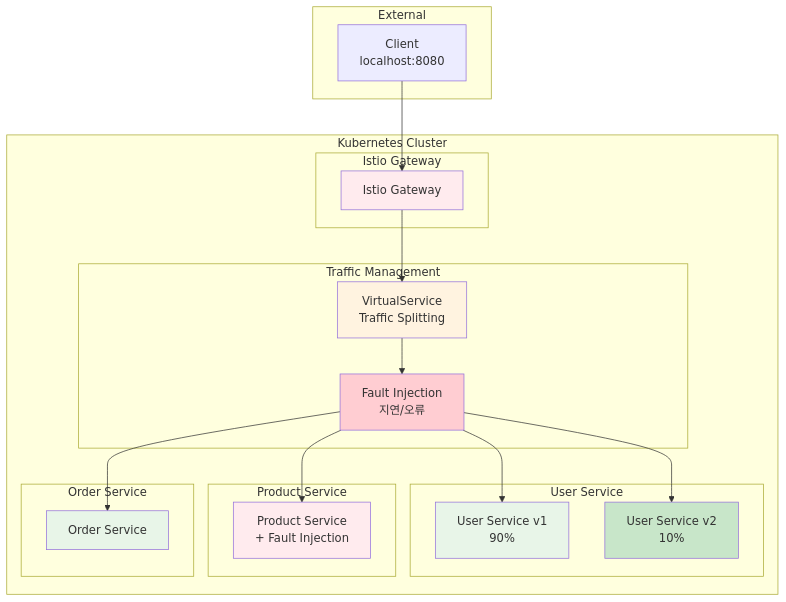
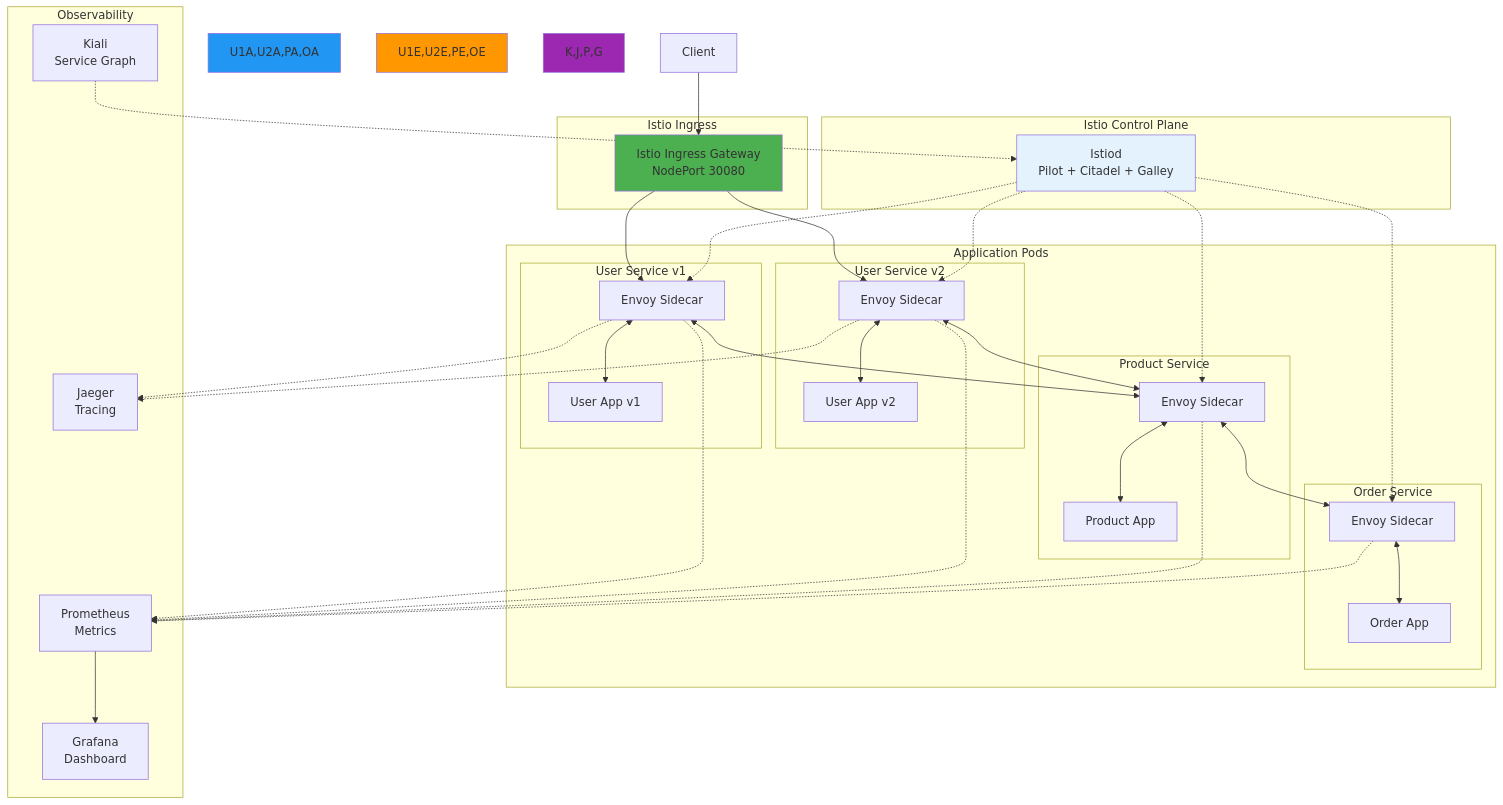
The diagram in theory/week_04/day2/handson_1.md (niceguy61/kdt_devops_lecture_2025), drawn with Mermaid before and after one commit. The commit also changed other lines of this file and 4 other files, not shown here.

````diff
--- a/theory/week_04/day2/handson_1.md
+++ b/theory/week_04/day2/handson_1.md
@@ -37,46 +37,74 @@
 ```mermaid
 graph TB
-    subgraph "External"
-        C[Client<br/>localhost:8080]
+    subgraph "Istio Control Plane"
+        Istiod[Istiod<br/>Pilot + Citadel + Galley]
     end
     
-    subgraph "Kubernetes Cluster"
-        subgraph "Istio Gateway"
-            IG[Istio Gateway]
+    subgraph "Istio Ingress"
+        IG[Istio Ingress Gateway<br/>NodePort 30080]
+    end
+    
+    subgraph "Application Pods"
+        subgraph "User Service v1"
+            U1A[User App v1]
+            U1E[Envoy Sidecar]
         end
         
-        subgraph "Traffic Management"
-            VS[VirtualService<br/>Traffic Splitting]
-            FI[Fault Injection<br/>지연/오류]
-        end
-        
-        subgraph "User Service"
-            US1[User Service v1<br/>90%]
-            US2[User Service v2<br/>10%]
+        subgraph "User Service v2"
+            U2A[User App v2]
+            U2E[Envoy Sidecar]
         end
         
         subgraph "Product Service"
-            PS[Product Service<br/>+ Fault Injection]
+            PA[Product App]
+            PE[Envoy Sidecar]
         end
         
         subgraph "Order Service"
-            OS[Order Service]
+            OA[Order App]
+            OE[Envoy Sidecar]
         end
     end
     
-    C --> IG
-    IG --> VS
-    VS --> FI
-    FI --> US1
-    FI --> US2
-    FI --> PS
-    FI --> OS
+    subgraph "Observability"
+        K[Kiali<br/>Service Graph]
+        J[Jaeger<br/>Tracing]
+        P[Prometheus<br/>Metrics]
+        G[Grafana<br/>Dashboard]
+    end
     
-    style IG fill:#ffebee
-    style VS fill:#fff3e0
-    style FI fill:#ffcdd2
-    style US1 fill:#e8f5e8
-    style US2 fill:#c8e6c9
-    style PS fill:#ffebee
-    style OS fill:#e8f5e8
+    C[Client] --> IG
+    IG --> U1E
+    IG --> U2E
+    
+    U1E <--> U1A
+    U2E <--> U2A
+    PE <--> PA
+    OE <--> OA
+    
+    U1E <--> PE
+    U2E <--> PE
+    PE <--> OE
+    
+    Istiod -.-> U1E
+    Istiod -.-> U2E
+    Istiod -.-> PE
+    Istiod -.-> OE
+    
+    U1E -.-> P
+    U2E -.-> P
+    PE -.-> P
+    OE -.-> P
+    
+    P --> G
+    U1E -.-> J
+    U2E -.-> J
+    
+    K -.-> Istiod
+    
+    style Istiod fill:#e3f2fd
+    style IG fill:#4caf50
+    style U1A,U2A,PA,OA fill:#2196f3
+    style U1E,U2E,PE,OE fill:#ff9800
+    style K,J,P,G fill:#9c27b0
 ```
````
